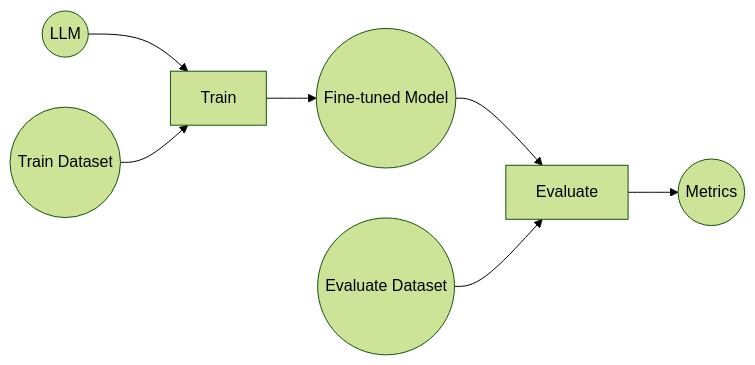
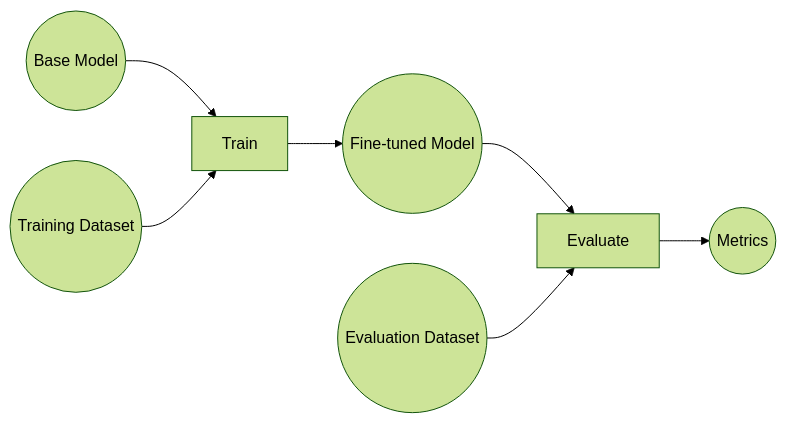
One commit to opst/knitfab-docs changed the diagram in 04.examples/news-classification/news-classification.en.md. Above: the diagram before and after it, drawn with Mermaid (forest theme). The commit also changed other lines of this file, not shown here.

````diff
--- a/04.examples/news-classification/news-classification.en.md
+++ b/04.examples/news-classification/news-classification.en.md
@@ -22,9 +22,9 @@
 ```mermaid
 flowchart LR
-    A((LLM)) --> C[Train]
-    B((Train Dataset)) --> C
+    A((Base Model)) --> C[Train]
+    B((Training Dataset)) --> C
     C --> D((Fine-tuned Model))
     D --> F[Evaluate]
-    E((Evaluate Dataset)) --> F
+    E((Evaluation Dataset)) --> F
     F --> G((Metrics)) 
 ```
````
